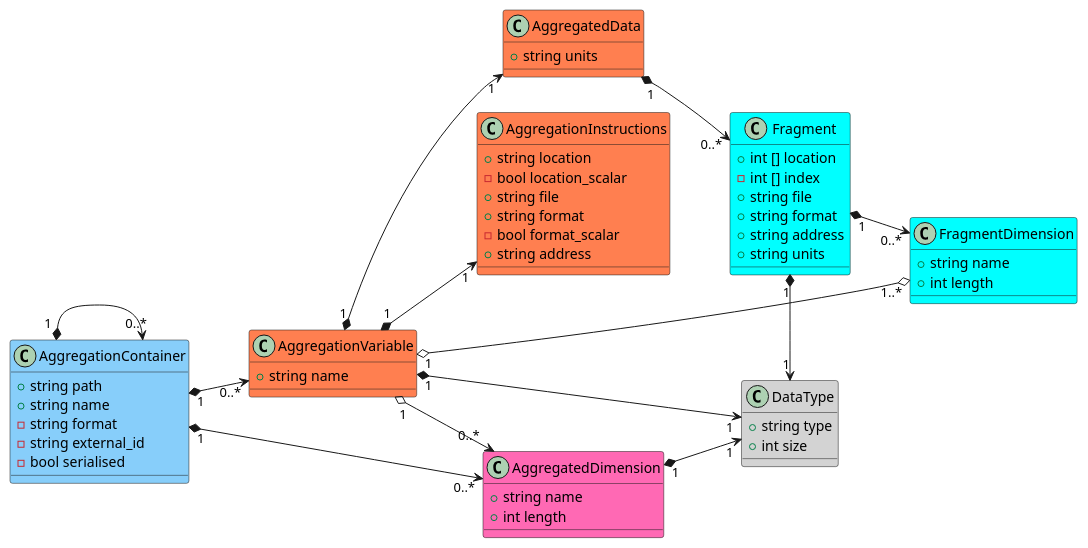
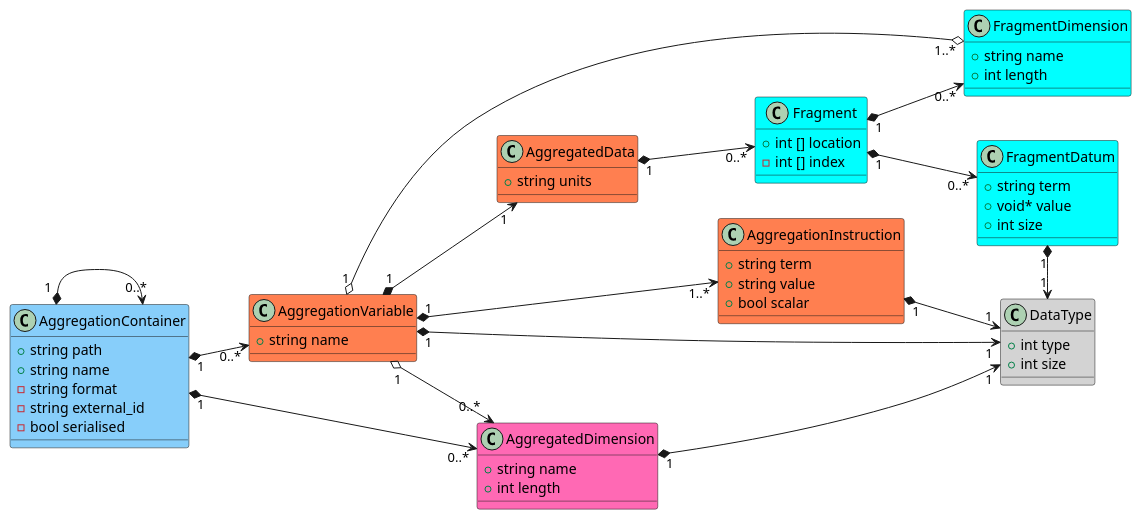
One commit to cedadev/CFA-C changed the diagram in doc/uml/cfa_class_diagram.puml. Above: the diagram before and after it, drawn with PlantUML. The commit also changed 17 other files, not shown here.

```diff
--- a/doc/uml/cfa_class_diagram.puml
+++ b/doc/uml/cfa_class_diagram.puml
@@ -1,64 +1,65 @@
 @startuml cfa_class_diagram
 left to right direction
 class DataType #lightgrey {
-    +string type
+    +int type
     +int size
 }
 
 class FragmentDimension #cyan {
     +string name
     +int length
 }
 
 class Fragment #cyan {
     +int [] location
     -int [] index
-    +string file
-    +string format
-    +string address
-    +string units
 }
 
-class AggregationInstructions #coral {
-    +string location
-    -bool location_scalar
-    +string file
-    +string format
-    -bool format_scalar
-    +string address
+class FragmentDatum #cyan {
+    +string term
+    +void* value
+    +int size
+}
+
+class AggregationInstruction #coral {
+    +string term
+    +string value
+    +bool scalar
 }
 
 class AggregatedData #coral {
     +string units
 }
 
 class AggregatedDimension #hotpink {
     +string name
     +int length
 }
 
 class AggregationVariable #coral{
     +string name
 }
 
 class AggregationContainer #lightskyblue {
     +string path
     +string name
     -string format
     -string external_id
     -bool serialised
 }
 
 AggregationVariable "1" o--> "0..*" AggregatedDimension
 AggregationVariable "1" *--> "1" AggregatedData
 AggregatedData "1" *--> "0..*" Fragment
 Fragment "1" *--> "0..*" FragmentDimension
+Fragment "1" *--> "0..*" FragmentDatum
 AggregationVariable "1" o--o "1..*" FragmentDimension
 AggregatedDimension "1" *-> "1" DataType
-AggregationVariable "1" *--> "1" AggregationInstructions
+AggregationVariable "1" *--> "1..*" AggregationInstruction
 AggregationVariable "1" *-> "1" DataType
-Fragment "1" *-> "1" DataType
+AggregationInstruction "1" *-> "1" DataType
+FragmentDatum "1" *-> "1" DataType
 AggregationContainer "1" *--> "0..*" AggregationVariable
 AggregationContainer "1" *--> "0..*" AggregatedDimension
 AggregationContainer "1" *--> "0..*" AggregationContainer
 @enduml
```
